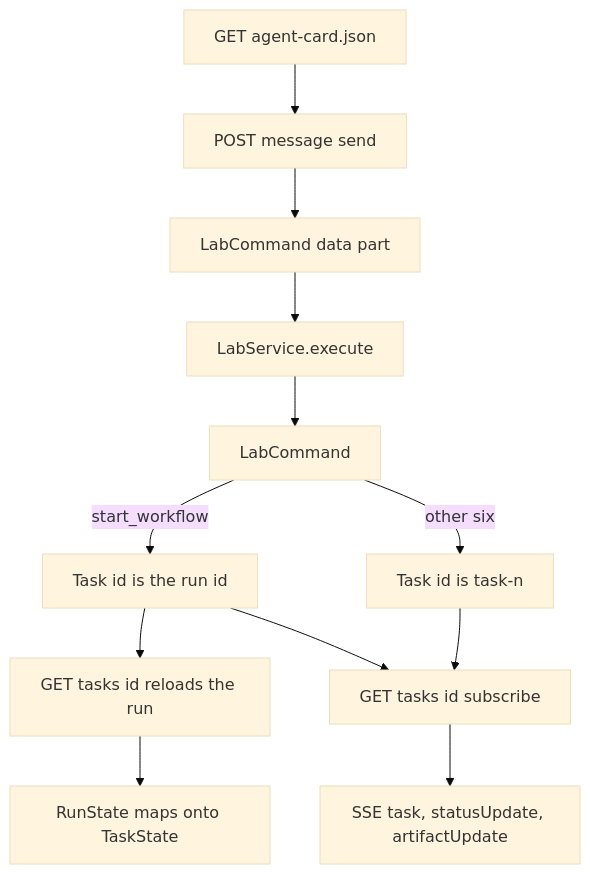
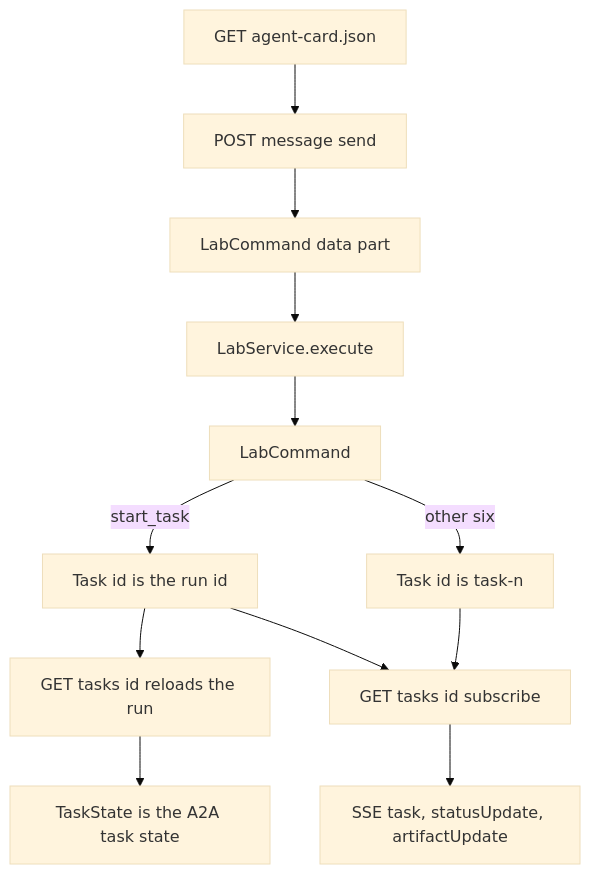
Before and after one commit to A3Analytics/a2a-lab-dev-kit-rs: the diagram in backlog/docs/reference/a2a/doc-4 - A2A.md, drawn with Mermaid (base theme). The commit also changed other lines of this file and 50 other files, not shown here.

Commit message:
Refactor a2a-lab-sdk to replace workflows with tasks. Updated documentation and examples to reflect the new task-based architecture, including changes to API methods, data structures, and protocol definitions. Enhanced README and other documentation to clarify the transition from workflows to tasks.

````diff
--- a/backlog/docs/reference/a2a/doc-4 - A2A.md
+++ b/backlog/docs/reference/a2a/doc-4 - A2A.md
@@ -17,14 +17,14 @@
 ```mermaid
 flowchart TD
   card["GET agent-card.json"] --> send["POST message send"]
   send --> command["LabCommand data part"]
   command --> exec["LabService.execute"]
   exec --> kind["LabCommand"]
-  kind -->|start_workflow| runTask["Task id is the run id"]
+  kind -->|start_task| runTask["Task id is the run id"]
   kind -->|other six| doneTask["Task id is task-n"]
   runTask --> reload["GET tasks id reloads the run"]
-  reload --> mapped["RunState maps onto TaskState"]
+  reload --> mapped["TaskState is the A2A task state"]
   runTask --> sse["GET tasks id subscribe"]
   doneTask --> sse
   sse --> events["SSE task, statusUpdate, artifactUpdate"]
 ```
````
